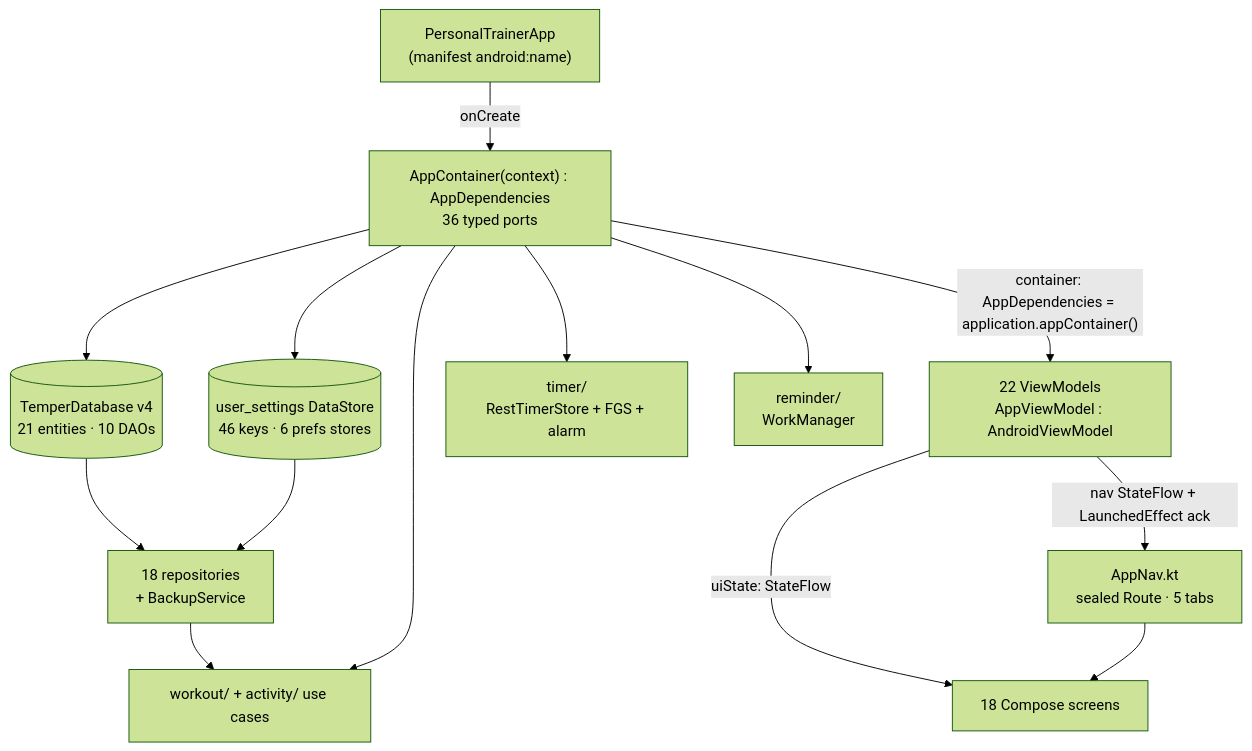
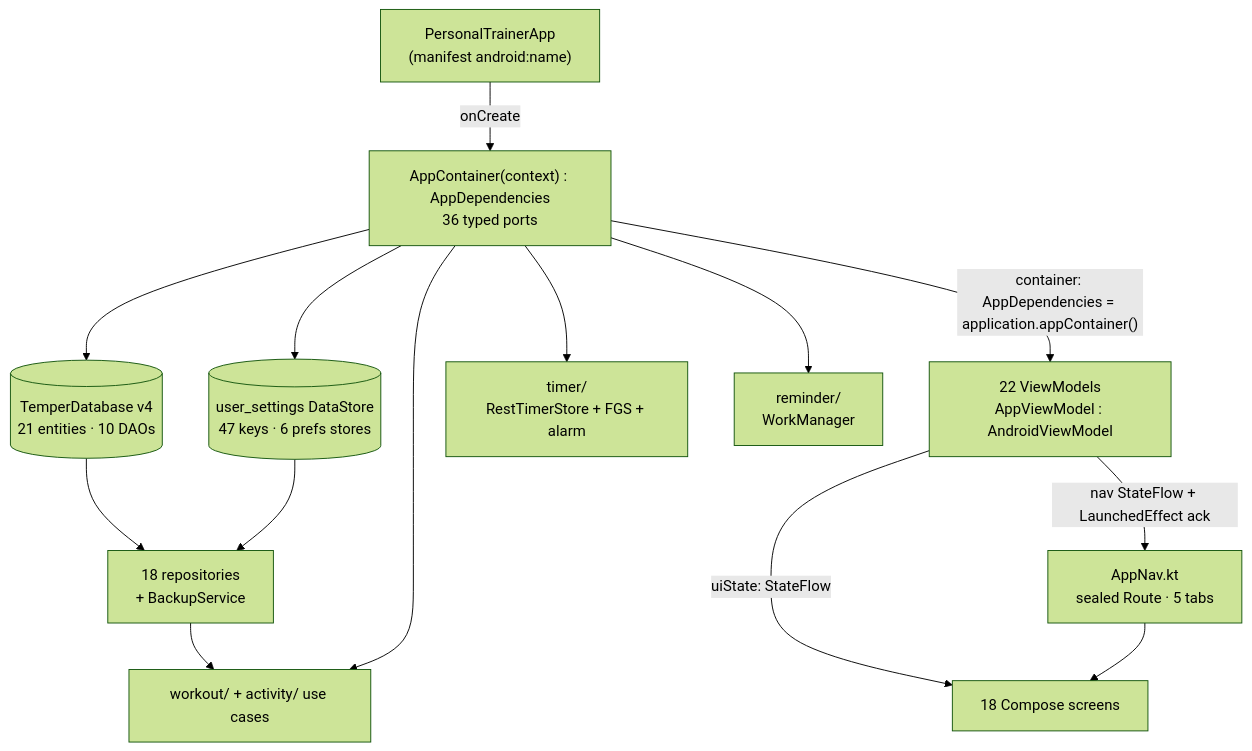
One commit to sinura7/PersonalTrainer changed the diagram in docs/architecture/CURRENT_STRUCTURE.md. Above: the diagram before and after it, drawn with Mermaid (forest theme). The commit also changed other lines of this file and 16 other files, not shown here.

````diff
--- a/docs/architecture/CURRENT_STRUCTURE.md
+++ b/docs/architecture/CURRENT_STRUCTURE.md
@@ -70,28 +70,28 @@
 ```mermaid
 flowchart TB
     PTA["PersonalTrainerApp<br/>(manifest android:name)"]
     AC["AppContainer(context) : AppDependencies<br/>36 typed ports"]
     DB[("TemperDatabase v4<br/>21 entities · 10 DAOs")]
-    PREFS[("user_settings DataStore<br/>46 keys · 6 prefs stores")]
+    PREFS[("user_settings DataStore<br/>47 keys · 6 prefs stores")]
     REPOS["18 repositories<br/>+ BackupService"]
     UC["workout/ + activity/ use cases"]
     VMS["22 ViewModels<br/>AppViewModel : AndroidViewModel"]
     NAV["AppNav.kt<br/>sealed Route · 5 tabs"]
     SCR["18 Compose screens"]
     TIM["timer/<br/>RestTimerStore + FGS + alarm"]
     REM["reminder/<br/>WorkManager"]
 
     PTA -->|onCreate| AC
     AC --> DB
     AC --> PREFS
     DB --> REPOS
     PREFS --> REPOS
     REPOS --> UC
     AC --> UC
     AC --> TIM
     AC --> REM
     AC -->|"container: AppDependencies = application.appContainer()"| VMS
     VMS -->|"uiState: StateFlow"| SCR
     VMS -->|"nav StateFlow + LaunchedEffect ack"| NAV
     NAV --> SCR
 ```
````
